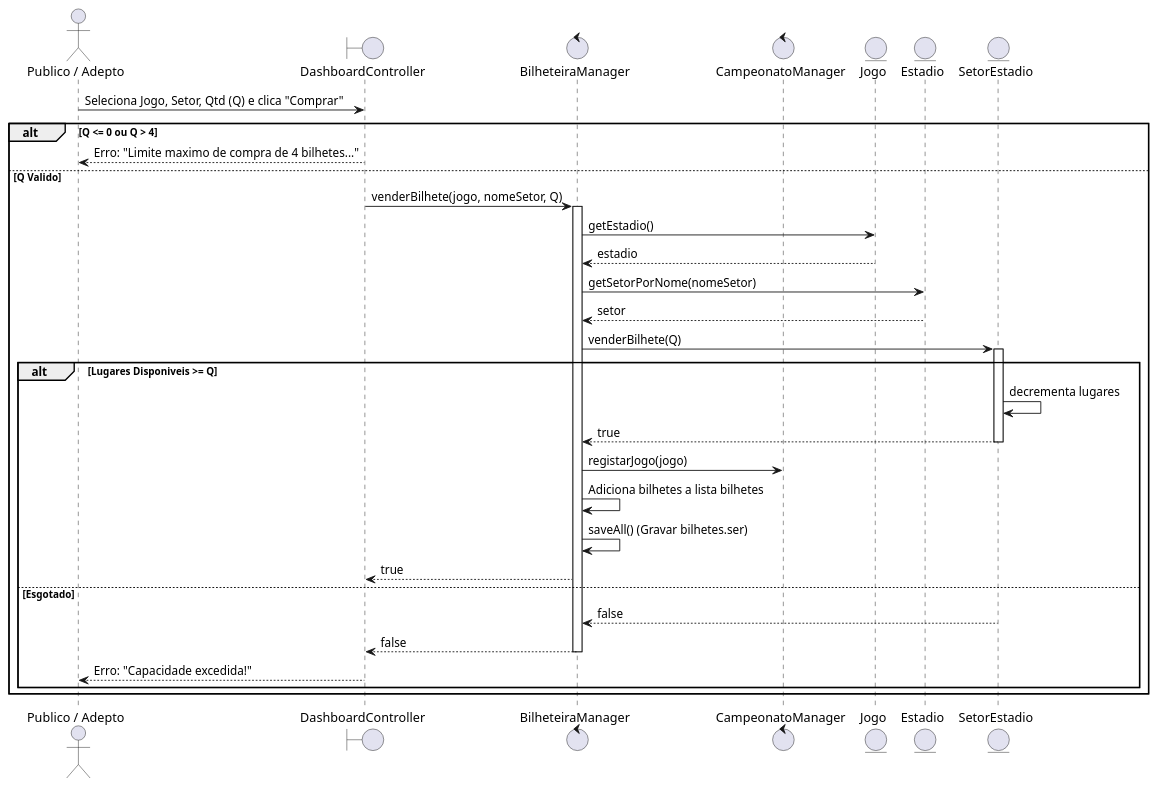
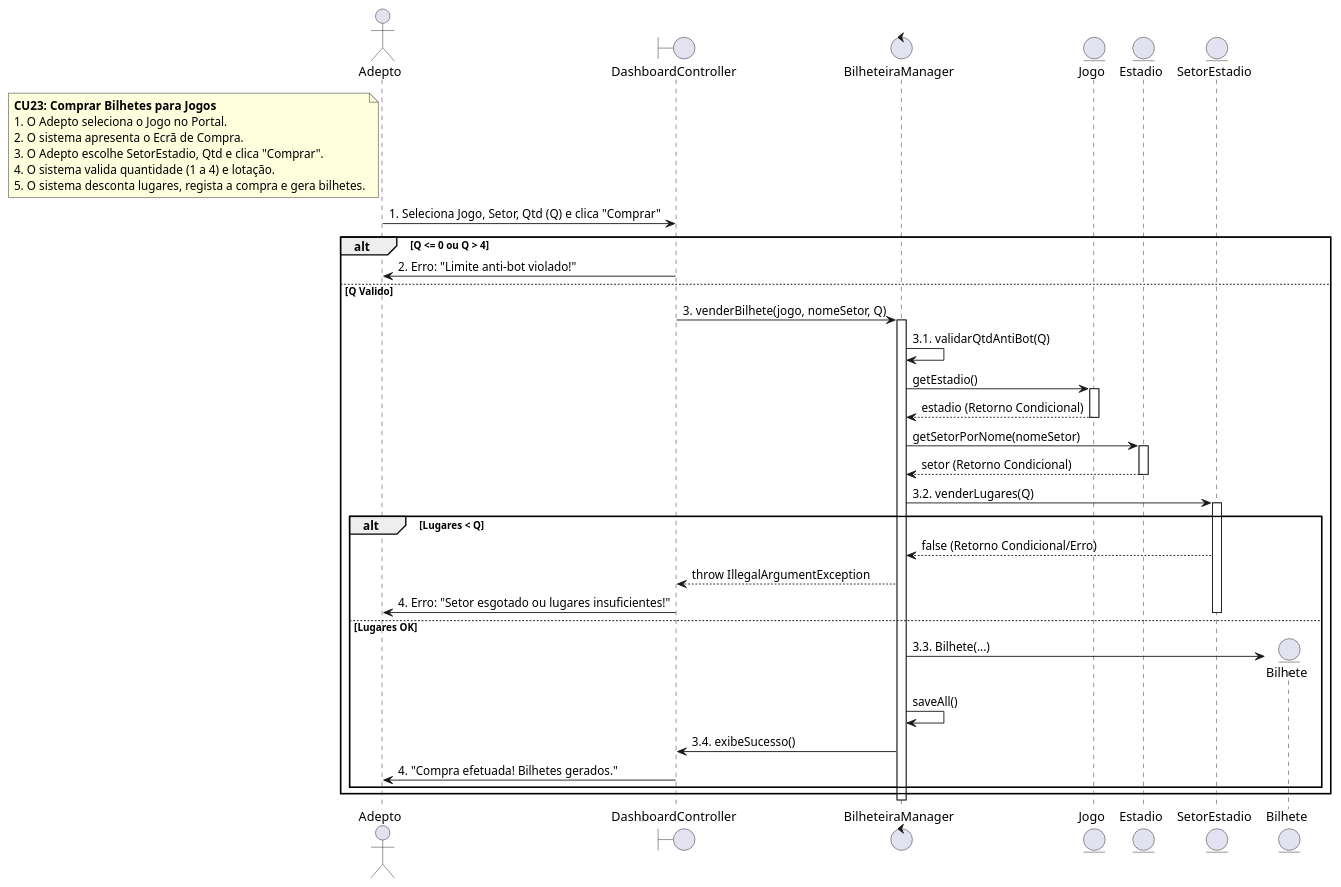
One commit to experimentos373-creator/ES changed diagram 13 of 13 in documentacao_fase2/7_diagramas_vp.md. Above: the diagram before and after it, drawn with PlantUML. The commit also changed other lines of this file and 113 other files, not shown here.

````diff
--- a/documentacao_fase2/7_diagramas_vp.md
+++ b/documentacao_fase2/7_diagramas_vp.md
@@ -307,39 +435,52 @@
 ```plantuml
 @startuml
-actor "Publico / Adepto" as P
+actor Adepto
 boundary "DashboardController" as B
 control "BilheteiraManager" as C
-control "CampeonatoManager" as CM
 entity "Jogo" as J
 entity "Estadio" as E
 entity "SetorEstadio" as S
+entity "Bilhete" as Bi
 
-P -> B: Seleciona Jogo, Setor, Qtd (Q) e clica "Comprar"
+note left of Adepto
+  **CU23: Comprar Bilhetes para Jogos**
+  1. O Adepto seleciona o Jogo no Portal.
+  2. O sistema apresenta o Ecrã de Compra.
+  3. O Adepto escolhe SetorEstadio, Qtd e clica "Comprar".
+  4. O sistema valida quantidade (1 a 4) e lotação.
+  5. O sistema desconta lugares, regista a compra e gera bilhetes.
+end note
+
+Adepto -> B: 1. Seleciona Jogo, Setor, Qtd (Q) e clica "Comprar"
 alt Q <= 0 ou Q > 4
-    B --> P: Erro: "Limite maximo de compra de 4 bilhetes..."
+    B -> Adepto: 2. Erro: "Limite anti-bot violado!"
 else Q Valido
-    B -> C: venderBilhete(jogo, nomeSetor, Q)
+    B -> C: 3. venderBilhete(jogo, nomeSetor, Q)
     activate C
+    C -> C: 3.1. validarQtdAntiBot(Q)
     C -> J: getEstadio()
-    J --> C: estadio
+    activate J
+    J --> C: estadio (Retorno Condicional)
+    deactivate J
     C -> E: getSetorPorNome(nomeSetor)
-    E --> C: setor
-    C -> S: venderBilhete(Q)
+    activate E
+    E --> C: setor (Retorno Condicional)
+    deactivate E
+    C -> S: 3.2. venderLugares(Q)
     activate S
-    alt Lugares Disponiveis >= Q
-        S -> S: decrementa lugares
-        S --> C: true
+    alt Lugares < Q
+        S --> C: false (Retorno Condicional/Erro)
+        C --> B: throw IllegalArgumentException
+        B -> Adepto: 4. Erro: "Setor esgotado ou lugares insuficientes!"
+    else Lugares OK
         deactivate S
-        C -> CM: registarJogo(jogo)
-        C -> C: Adiciona bilhetes a lista bilhetes
-        C -> C: saveAll() (Gravar bilhetes.ser)
-        C --> B: true
-    else Esgotado
-        S --> C: false
-        C --> B: false
-        deactivate C
-        B --> P: Erro: "Capacidade excedida!"
+        create Bi
+        C -> Bi: 3.3. Bilhete(...)
+        C -> C: saveAll()
+        C -> B: 3.4. exibeSucesso()
+        B -> Adepto: 4. "Compra efetuada! Bilhetes gerados."
     end
 end
-@endum
+deactivate C
+@enduml
 ```
````
